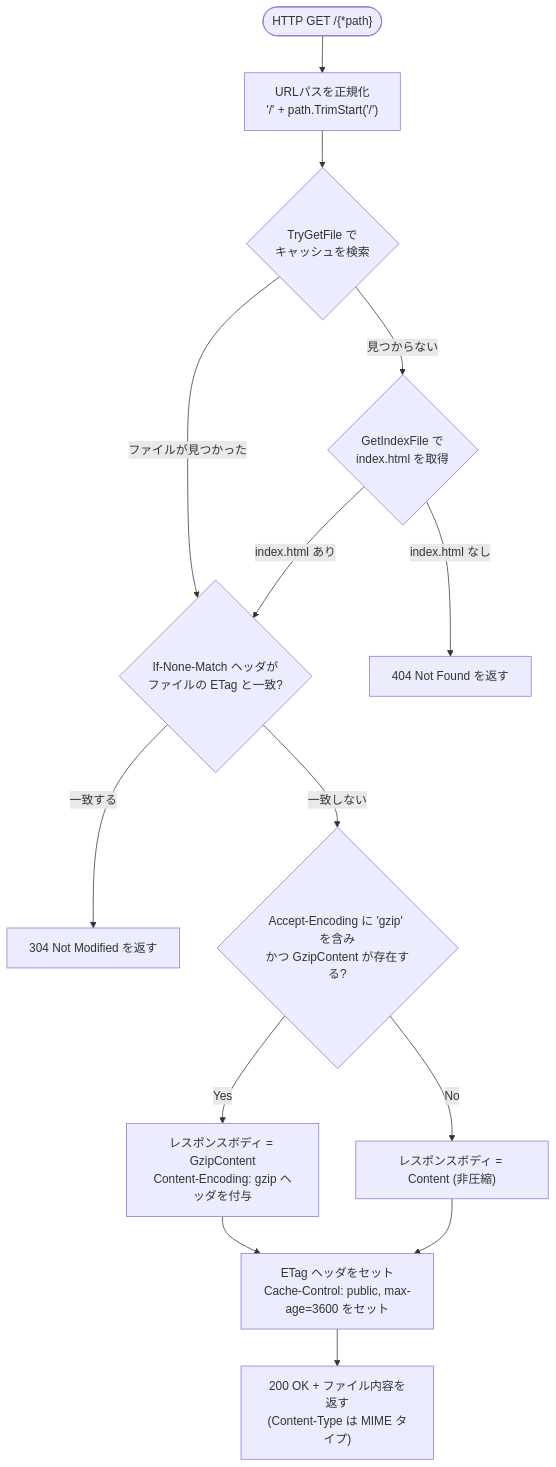
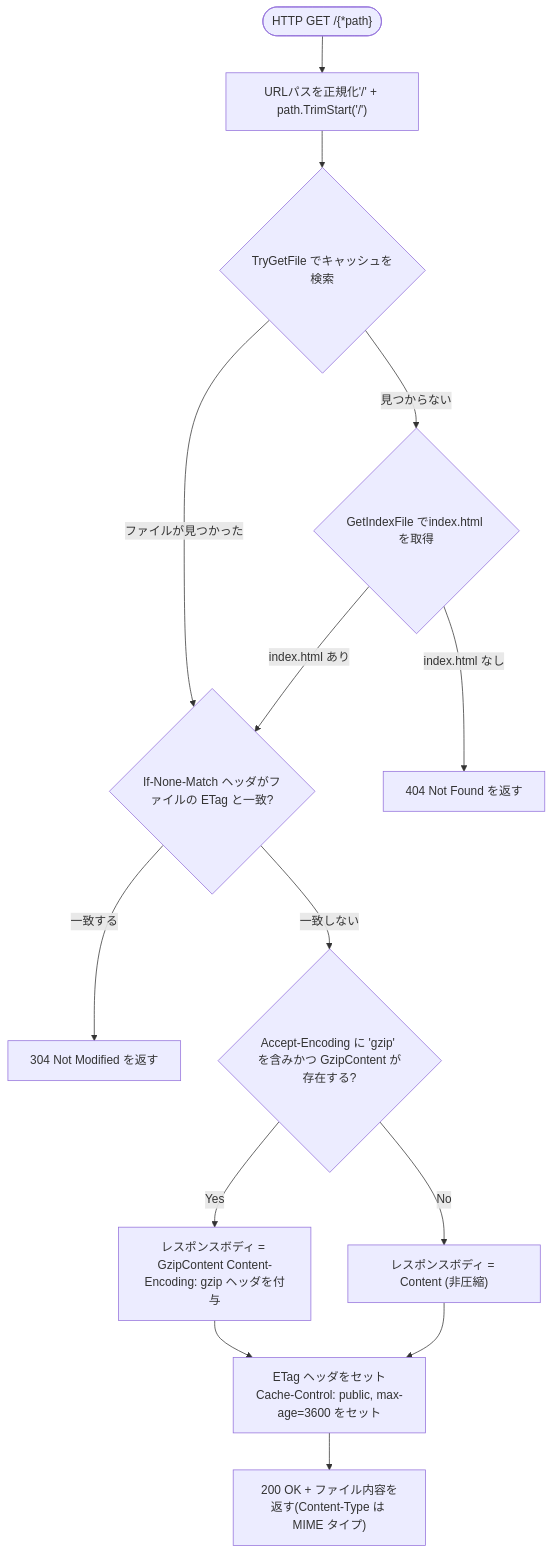
Before and after one commit to hato1979/StaticContentOnAzureFunctions: the third of 3 diagrams in README.md, drawn with Mermaid. The commit also changed other lines of this file, not shown here.

Commit message:
フローチャートのテキストを整形し、可読性を向上させるための修正

````diff
--- a/README.md
+++ b/README.md
@@ -95,26 +95,26 @@
 ```mermaid
 flowchart TD
     Req(["HTTP GET /{*path}"])
-    Norm["URLパスを正規化\n'/' + path.TrimStart('/')"]
-    TryGet{TryGetFile で\nキャッシュを検索}
-    GetIndex{GetIndexFile で\nindex.html を取得}
+    Norm["URLパスを正規化'/' + path.TrimStart('/')"]
+    TryGet{TryGetFile でキャッシュを検索}
+    GetIndex{GetIndexFile でindex.html を取得}
     Return404["404 Not Found を返す"]
-    CheckETag{If-None-Match ヘッダが\nファイルの ETag と一致?}
+    CheckETag{If-None-Match ヘッダがファイルの ETag と一致?}
     Return304["304 Not Modified を返す"]
-    CheckGzip{Accept-Encoding に 'gzip' を含み\nかつ GzipContent が存在する?}
-    ServeGzip["レスポンスボディ = GzipContent\nContent-Encoding: gzip ヘッダを付与"]
+    CheckGzip{Accept-Encoding に 'gzip' を含みかつ GzipContent が存在する?}
+    ServeGzip["レスポンスボディ = GzipContent Content-Encoding: gzip ヘッダを付与"]
     ServeRaw["レスポンスボディ = Content (非圧縮)"]
-    SetHeaders["ETag ヘッダをセット\nCache-Control: public, max-age=3600 をセット"]
-    Return200["200 OK + ファイル内容を返す\n(Content-Type は MIME タイプ)"]
+    SetHeaders["ETag ヘッダをセットCache-Control: public, max-age=3600 をセット"]
+    Return200["200 OK + ファイル内容を返す(Content-Type は MIME タイプ)"]
 
     Req --> Norm --> TryGet
     TryGet -- ファイルが見つかった --> CheckETag
     TryGet -- 見つからない --> GetIndex
     GetIndex -- index.html あり --> CheckETag
     GetIndex -- index.html なし --> Return404
     CheckETag -- 一致する --> Return304
     CheckETag -- 一致しない --> CheckGzip
     CheckGzip -- Yes --> ServeGzip --> SetHeaders
     CheckGzip -- No --> ServeRaw --> SetHeaders
     SetHeaders --> Return200
 ```
````
